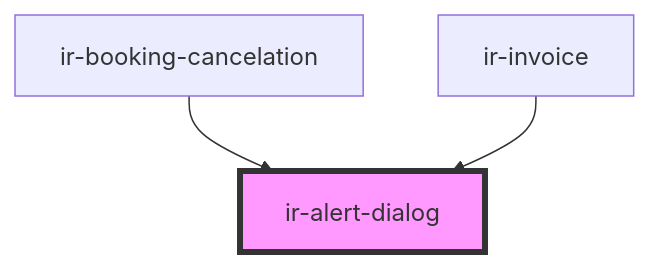
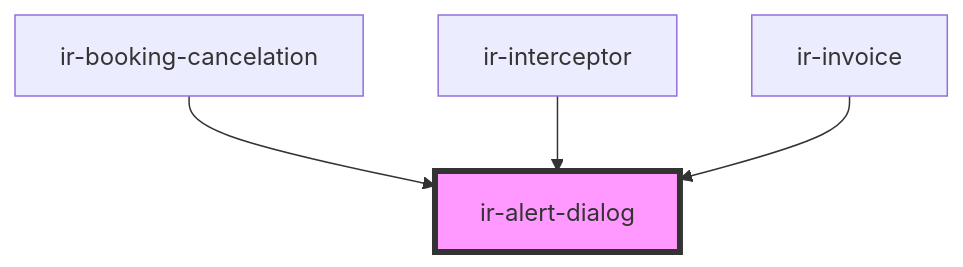
The diagram in src/components/ui/ir-alert-dialog/readme.md (RonyRizk/ir-be), drawn with Mermaid before and after one commit. The commit also changed other lines of this file and 46 other files, not shown here.

````diff
--- a/src/components/ui/ir-alert-dialog/readme.md
+++ b/src/components/ui/ir-alert-dialog/readme.md
@@ -39,6 +40,7 @@
 ```mermaid
 graph TD;
   ir-booking-cancelation --> ir-alert-dialog
+  ir-interceptor --> ir-alert-dialog
   ir-invoice --> ir-alert-dialog
   style ir-alert-dialog fill:#f9f,stroke:#333,stroke-width:4px
 ```
````
